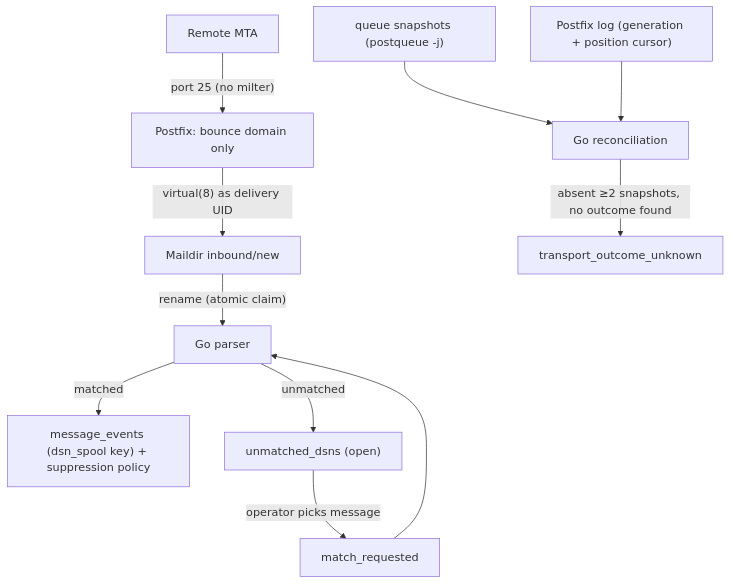
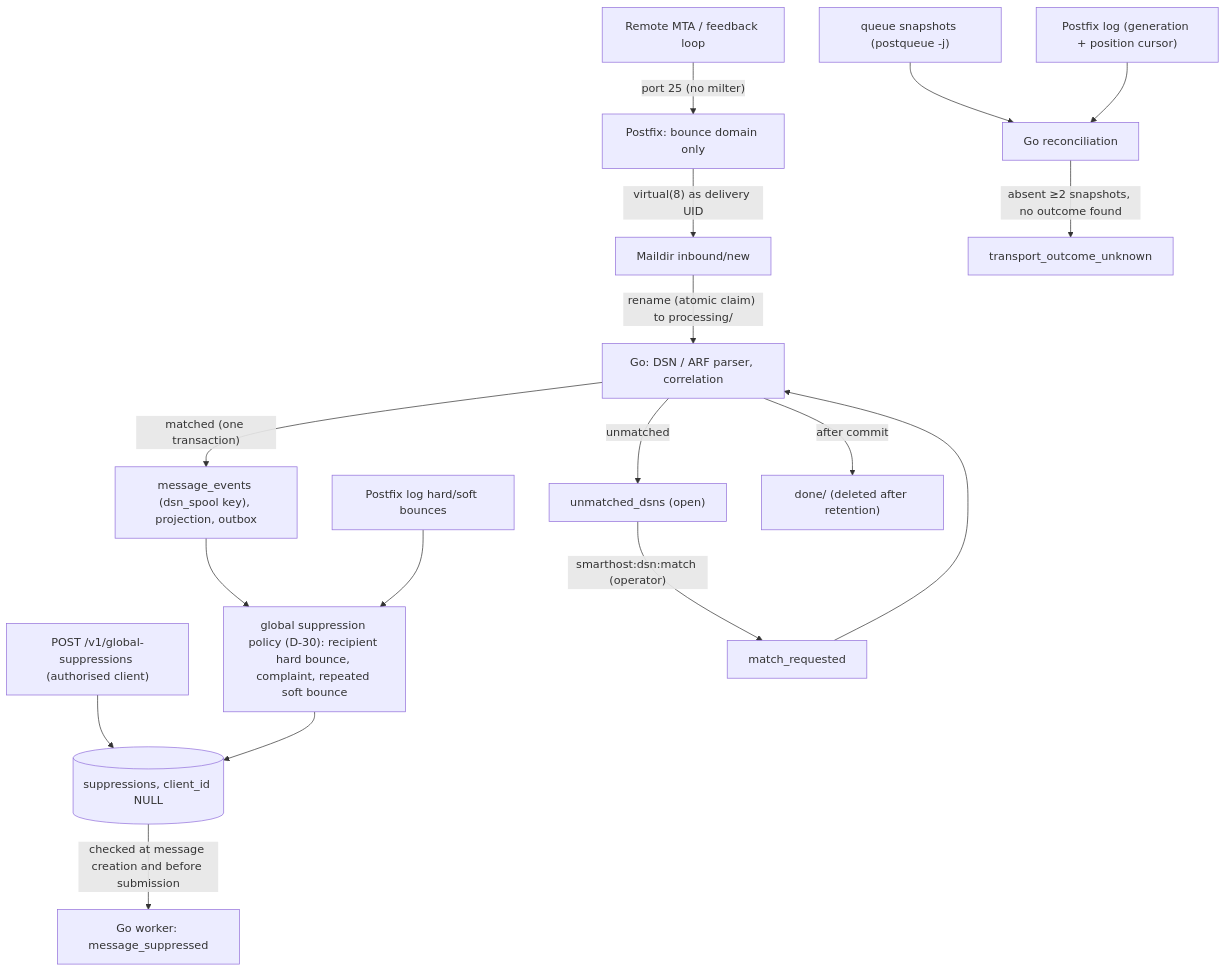
The fourth of 7 diagrams in docs/PROJECT.md (rrcatto/catto-mail), drawn with Mermaid before and after one commit. The commit also changed other lines of this file and 97 other files, not shown here.

````diff
--- a/docs/PROJECT.md
+++ b/docs/PROJECT.md
@@ -366,12 +374,18 @@
 ```mermaid
 flowchart TD
-    R["Remote MTA"] -- "port 25 (no milter)" --> P["Postfix: bounce domain only"]
+    R["Remote MTA / feedback loop"] -- "port 25 (no milter)" --> P["Postfix: bounce domain only"]
     P -- "virtual(8) as delivery UID" --> M["Maildir inbound/new"]
-    M -- "rename (atomic claim)" --> G["Go parser"]
-    G -- matched --> E["message_events (dsn_spool key) + suppression policy"]
+    M -- "rename (atomic claim) to processing/" --> G["Go: DSN / ARF parser, correlation"]
+    G -- "matched (one transaction)" --> E["message_events (dsn_spool key), projection, outbox"]
+    E --> SP["global suppression policy (D-30): recipient hard bounce, complaint, repeated soft bounce"]
+    L2["Postfix log hard/soft bounces"] --> SP
+    API["POST /v1/global-suppressions (authorised client)"] --> SUP[("suppressions, client_id NULL")]
+    SP --> SUP
+    SUP -- "checked at message creation and before submission" --> W["Go worker: message_suppressed"]
     G -- unmatched --> U["unmatched_dsns (open)"]
-    U -- "operator picks message" --> Q["match_requested"] --> G
+    U -- "smarthost:dsn:match (operator)" --> Q["match_requested"] --> G
+    G -- "after commit" --> D["done/ (deleted after retention)"]
     S["queue snapshots (postqueue -j)"] --> RC["Go reconciliation"]
     L["Postfix log (generation + position cursor)"] --> RC
     RC -- "absent ≥2 snapshots, no outcome found" --> OU["transport_outcome_unknown"]
 ```
````
